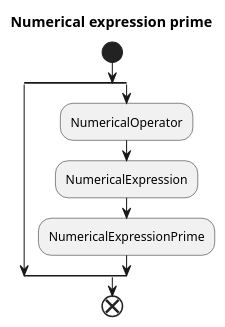
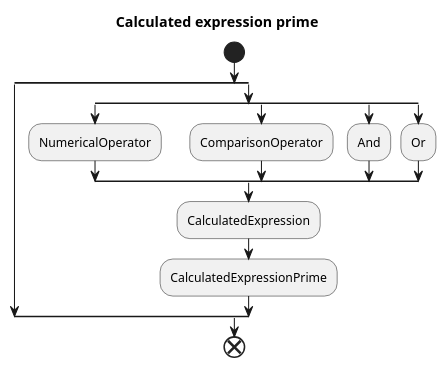
Before and after one commit to lichterberci/rust_learning: diagram 14 of 14 in dbms/query_lang_compiler_notes.md, drawn with PlantUML. The commit also changed other lines of this file and 3 other files, not shown here.

````diff
--- a/dbms/query_lang_compiler_notes.md
+++ b/dbms/query_lang_compiler_notes.md
@@ -317,11 +352,19 @@
 ```plantuml
-title Numerical expression prime
+title Calculated expression prime
 start
 split
 split again
+split
 :NumericalOperator;
-:NumericalExpression;
-:NumericalExpressionPrime;
+split again
+:ComparisonOperator;
+split again
+:And;
+split again
+:Or;
+end split
+:CalculatedExpression;
+:CalculatedExpressionPrime;
 end split
 end
 ```
````
